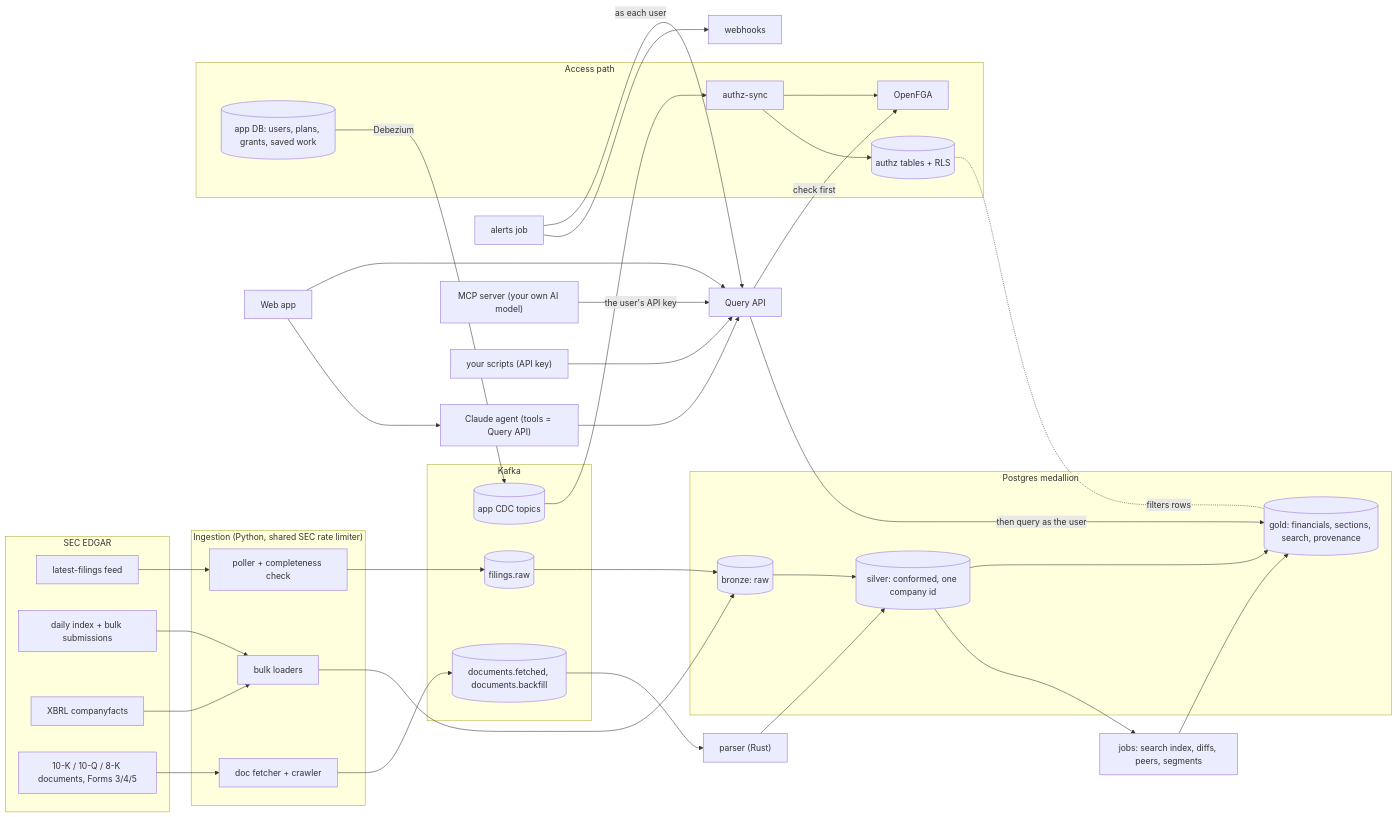
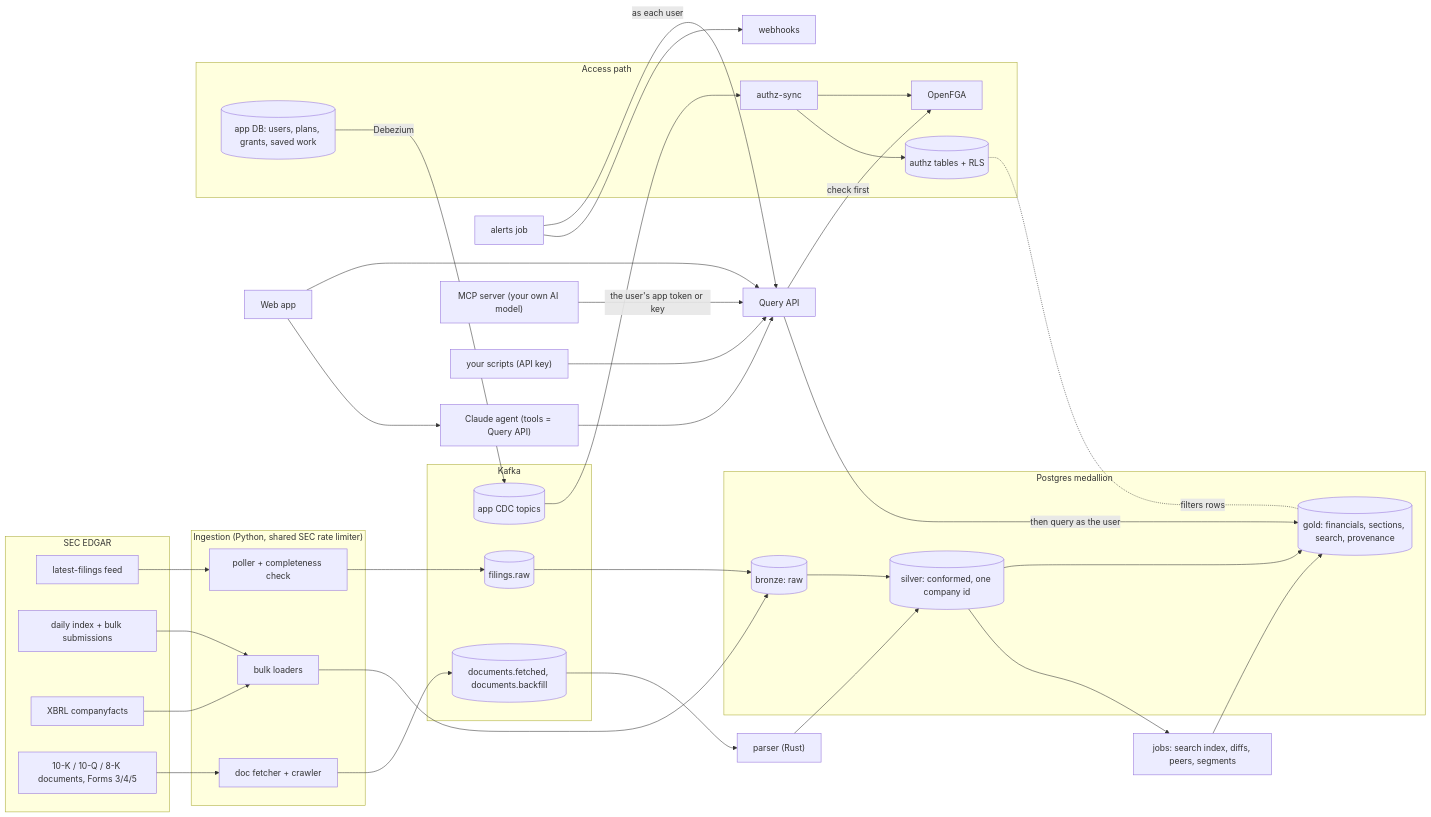
One commit to LucasGroves0102/tributary changed the diagram in README.md. Above: the diagram before and after it, drawn with Mermaid. The commit also changed other lines of this file and 11 other files, not shown here.

First line of the commit message:
Connected apps: OAUTH_ISSUER on query-api and mcp-server, docs, the directory checklist

````diff
--- a/README.md
+++ b/README.md
@@ -118,57 +122,57 @@
 ```mermaid
 flowchart LR
   subgraph SEC["SEC EDGAR"]
     feed[latest-filings feed]
     idx[daily index + bulk submissions]
     xbrl[XBRL companyfacts]
     docs[10-K / 10-Q / 8-K documents, Forms 3/4/5]
   end
   subgraph ingest["Ingestion (Python, shared SEC rate limiter)"]
     poller[poller + completeness check]
     loaders[bulk loaders]
     fetcher[doc fetcher + crawler]
   end
   subgraph kafka["Kafka"]
     raw[(filings.raw)]
     fetched[(documents.fetched, documents.backfill)]
     cdc[(app CDC topics)]
   end
   parser["parser (Rust)"]
   jobs["jobs: search index, diffs, peers, segments"]
   subgraph pg["Postgres medallion"]
     bronze[(bronze: raw)]
     silver[(silver: conformed, one company id)]
     gold[(gold: financials, sections, search, provenance)]
   end
   subgraph access["Access path"]
     appdb[(app DB: users, plans, grants, saved work)]
     sync[authz-sync]
     fga[OpenFGA]
     rls[(authz tables + RLS)]
   end
   api[Query API]
   alerts[alerts job]
   hooks[webhooks]
   agent["Claude agent (tools = Query API)"]
   web[Web app]
   mcp["MCP server (your own AI model)"]
   scripts["your scripts (API key)"]
 
   feed --> poller --> raw --> bronze
   idx --> loaders --> bronze
   xbrl --> loaders
   docs --> fetcher --> fetched --> parser --> silver
   bronze --> silver --> gold
   silver --> jobs --> gold
   appdb -- Debezium --> cdc --> sync --> fga
   sync --> rls
   web --> api
   web --> agent --> api
-  mcp -- the user's API key --> api
+  mcp -- the user's app token or key --> api
   scripts --> api
   api -- check first --> fga
   api -- then query as the user --> gold
   rls -. filters rows .- gold
   alerts -- as each user --> api
   alerts --> hooks
 ```
````
